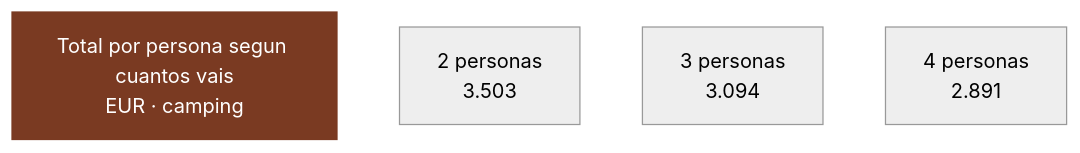
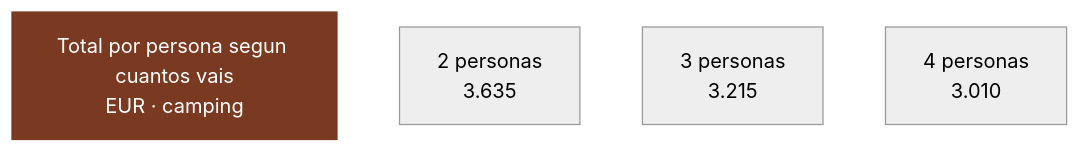
The eighth of 8 diagrams in 02-presupuesto.md (morandeirachema/namibia), drawn with Mermaid (neutral theme) before and after one commit. The commit also changed other lines of this file and 16 other files, not shown here.

````diff
--- a/02-presupuesto.md
+++ b/02-presupuesto.md
@@ -592,11 +600,11 @@
 ```mermaid
 flowchart LR
     T["Total por persona segun cuantos vais<br/>EUR · camping"]
-    n0["2 personas<br/>3.503"]
-    n1["3 personas<br/>3.094"]
-    n2["4 personas<br/>2.891"]
+    n0["2 personas<br/>3.635"]
+    n1["3 personas<br/>3.215"]
+    n2["4 personas<br/>3.010"]
     T ~~~ n0
     n0 ~~~ n1
     n1 ~~~ n2
     style T fill:#7a3a22,color:#fff,stroke:#7a3a22
 ```
````
